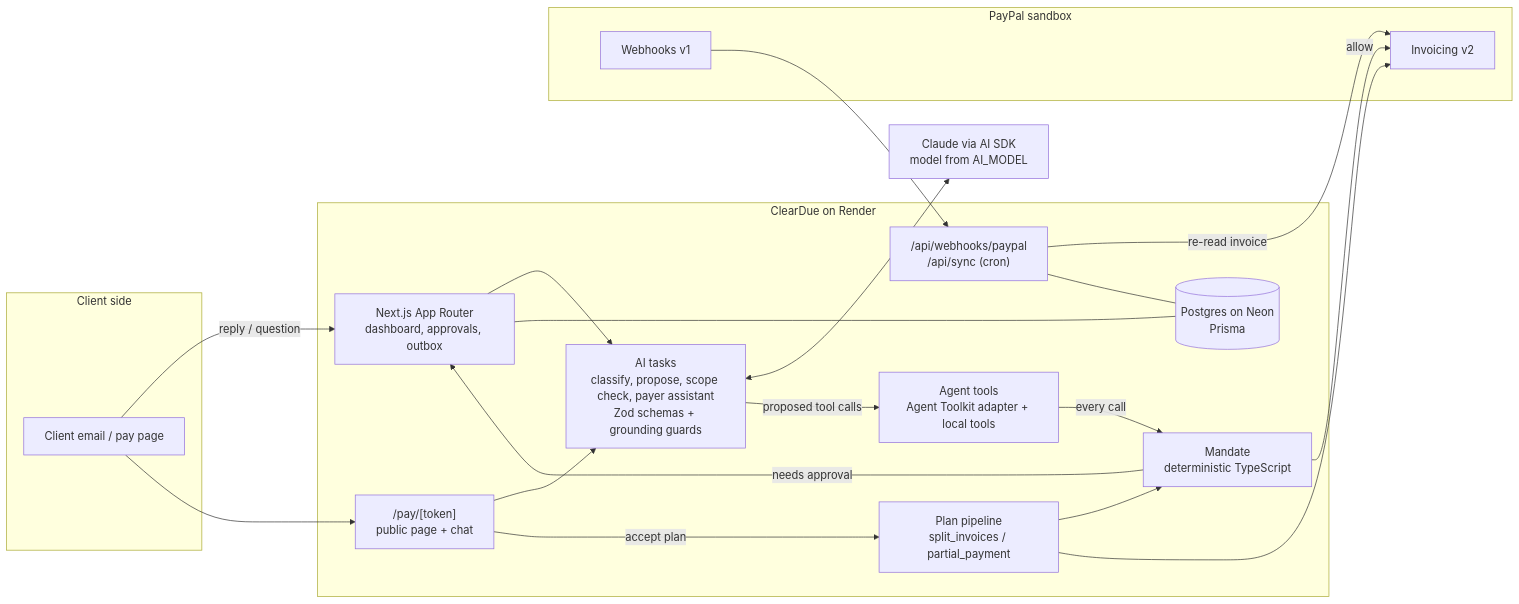
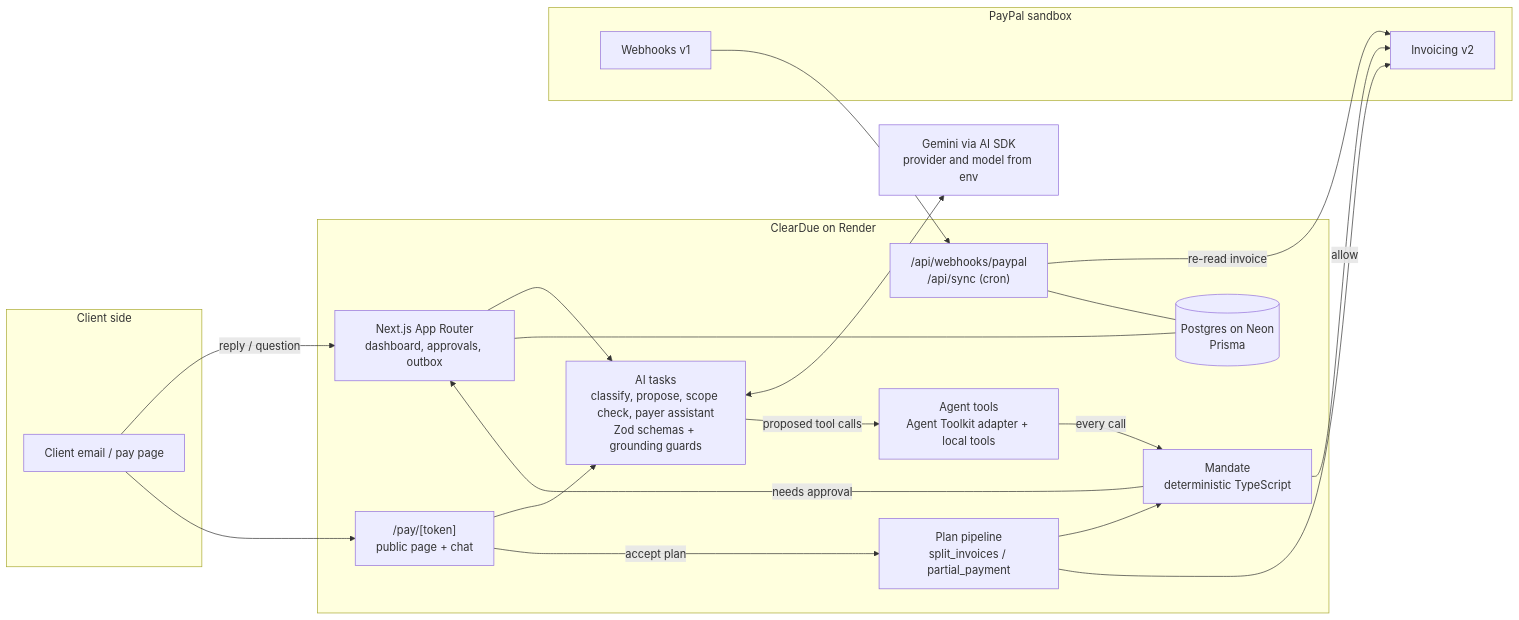
One commit to tusharshah21/cleardue changed the diagram in README.md. Above: the diagram before and after it, drawn with Mermaid. The commit also changed other lines of this file and 11 other files, not shown here.

First line of the commit message:
Switch the default AI provider to Google Gemini, keep Anthropic selectable

````diff
--- a/README.md
+++ b/README.md
@@ -25,38 +25,38 @@
 ```mermaid
 flowchart LR
   subgraph Client side
     C[Client email / pay page]
   end
   subgraph ClearDue on Render
     UI[Next.js App Router<br/>dashboard, approvals, outbox]
     PAY["/pay/[token]<br/>public page + chat"]
     AI[AI tasks<br/>classify, propose, scope check, payer assistant<br/>Zod schemas + grounding guards]
     M[Mandate<br/>deterministic TypeScript]
     T[Agent tools<br/>Agent Toolkit adapter + local tools]
     PL[Plan pipeline<br/>split_invoices / partial_payment]
     WH["/api/webhooks/paypal<br/>/api/sync (cron)"]
     DB[(Postgres on Neon<br/>Prisma)]
   end
   subgraph PayPal sandbox
     INV[Invoicing v2]
     NOT[Webhooks v1]
   end
-  LLM[Claude via AI SDK<br/>model from AI_MODEL]
+  LLM[Gemini via AI SDK<br/>provider and model from env]
 
   C -->|reply / question| UI
   C --> PAY
   UI --> AI
   PAY --> AI
   AI <--> LLM
   AI -->|proposed tool calls| T
   T -->|every call| M
   M -->|allow| INV
   M -->|needs approval| UI
   PAY -->|accept plan| PL
   PL --> M
   PL --> INV
   NOT --> WH
   WH -->|re-read invoice| INV
   UI --- DB
   WH --- DB
 ```
````
